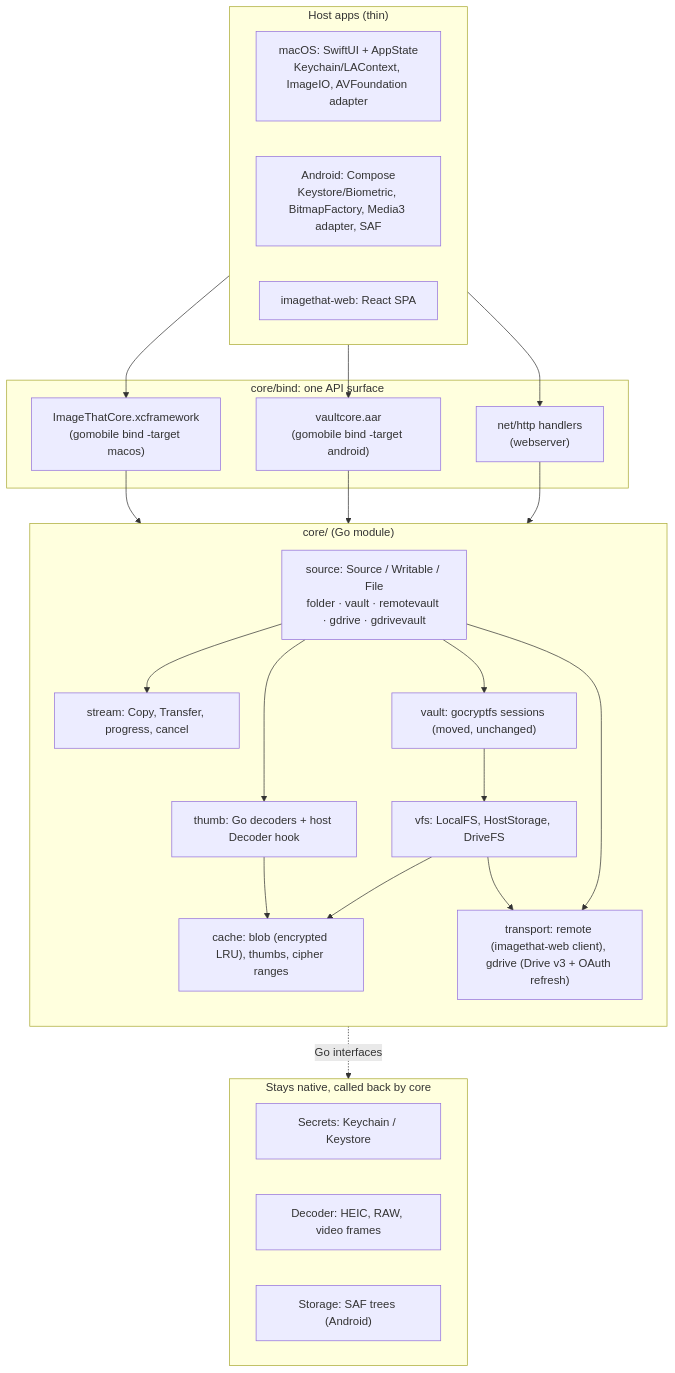
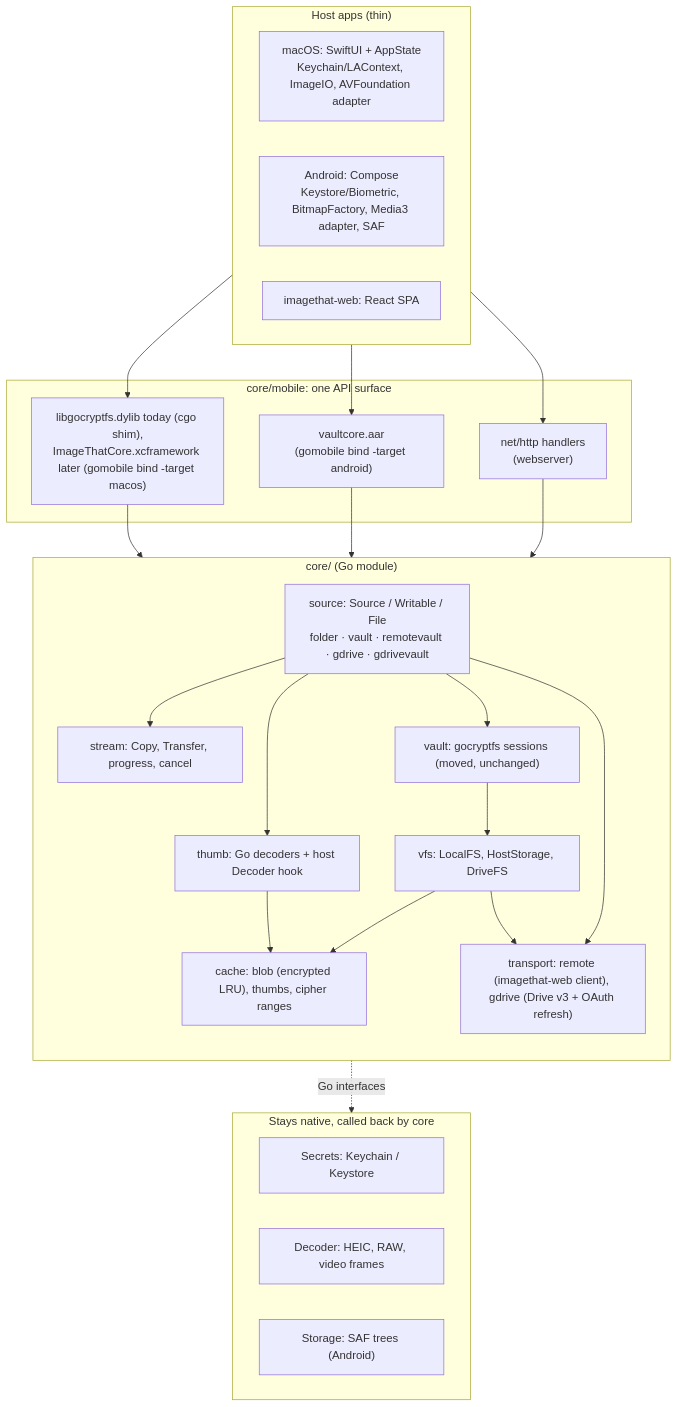
Before and after one commit to adrianj98/imaginethat: the second of 8 diagrams in docs/superpowers/specs/2026-10-29-go-core-design.md, drawn with Mermaid. The commit also changed other lines of this file and 111 other files, not shown here.

First line of the commit message:
Go core phase 0 and 1a: one gocryptfs engine, cgo shim, streaming imports

````diff
--- a/docs/superpowers/specs/2026-10-29-go-core-design.md
+++ b/docs/superpowers/specs/2026-10-29-go-core-design.md
@@ -150,44 +150,44 @@
 ```mermaid
 flowchart TB
     subgraph HOSTS["Host apps (thin)"]
         direction LR
         SWIFT["macOS: SwiftUI + AppState<br/>Keychain/LAContext, ImageIO, AVFoundation adapter"]
         KOTLIN["Android: Compose<br/>Keystore/Biometric, BitmapFactory, Media3 adapter, SAF"]
         WEBUI["imagethat-web: React SPA"]
     end
 
-    subgraph BIND["core/bind: one API surface"]
-        XC["ImageThatCore.xcframework<br/>(gomobile bind -target macos)"]
+    subgraph BIND["core/mobile: one API surface"]
+        XC["libgocryptfs.dylib today (cgo shim),<br/>ImageThatCore.xcframework later (gomobile bind -target macos)"]
         AAR["vaultcore.aar<br/>(gomobile bind -target android)"]
         HTTP["net/http handlers<br/>(webserver)"]
     end
 
     subgraph CORE["core/ (Go module)"]
         direction TB
         SOURCE["source: Source / Writable / File<br/>folder · vault · remotevault · gdrive · gdrivevault"]
         STREAM["stream: Copy, Transfer, progress, cancel"]
         THUMB["thumb: Go decoders + host Decoder hook"]
         CACHE["cache: blob (encrypted LRU), thumbs, cipher ranges"]
         TRANS["transport: remote (imagethat-web client), gdrive (Drive v3 + OAuth refresh)"]
         VAULT["vault: gocryptfs sessions (moved, unchanged)"]
         VFS["vfs: LocalFS, HostStorage, DriveFS"]
         SOURCE --> STREAM
         SOURCE --> THUMB
         THUMB --> CACHE
         SOURCE --> VAULT --> VFS
         VFS --> CACHE
         SOURCE --> TRANS
         VFS --> TRANS
     end
 
     SWIFT --> XC --> CORE
     KOTLIN --> AAR --> CORE
     WEBUI --> HTTP --> CORE
 
     subgraph PLATFORM["Stays native, called back by core"]
         SEC["Secrets: Keychain / Keystore"]
         DEC["Decoder: HEIC, RAW, video frames"]
         STOR["Storage: SAF trees (Android)"]
     end
     CORE -. Go interfaces .-> PLATFORM
 ```
````
